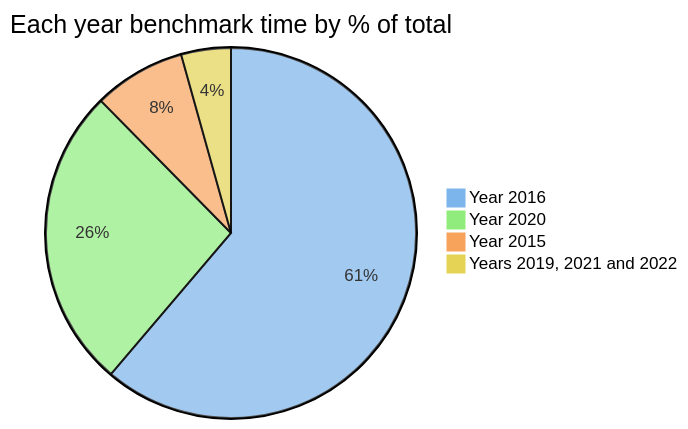
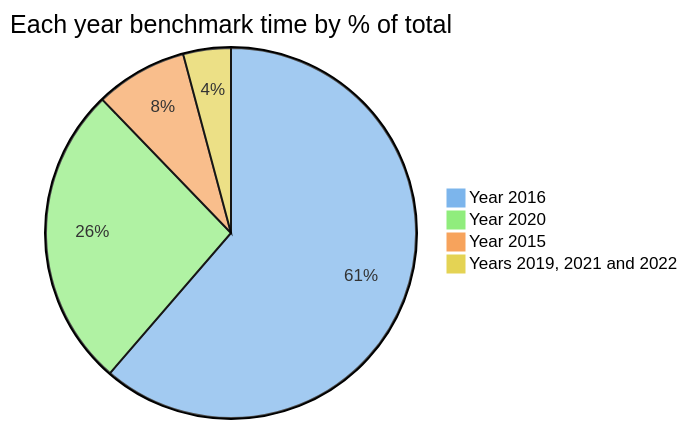
The first of 7 diagrams in README.md (maneatingape/advent-of-code-rust), drawn with Mermaid before and after one commit. The commit also changed other lines of this file and 1 other file, not shown here.

````diff
--- a/README.md
+++ b/README.md
@@ -61,9 +61,9 @@
 ```mermaid
 %%{init: {"themeVariables": { "pie1": "#7cb5ec", "pie2": "#90ed7d", "pie3": "#f7a35c", "pie4": "#e4d354", "pie5": "#e4c4fb", "pie6": "#c6cdd5"}}}%%
 pie
     title Each year benchmark time by % of total
     "Year 2016" : 663
     "Year 2020" : 286
     "Year 2015" : 87
-    "Years 2019, 2021 and 2022" : 47
+    "Years 2019, 2021 and 2022" : 45
 ```
````
